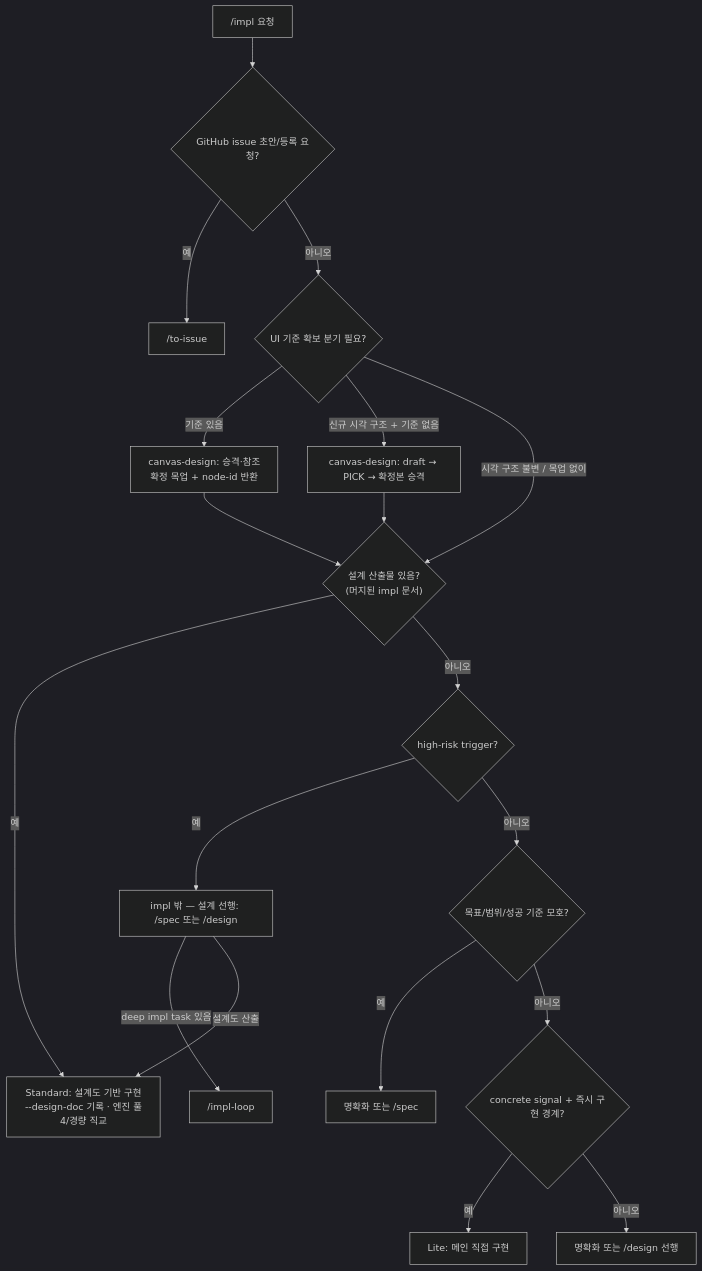
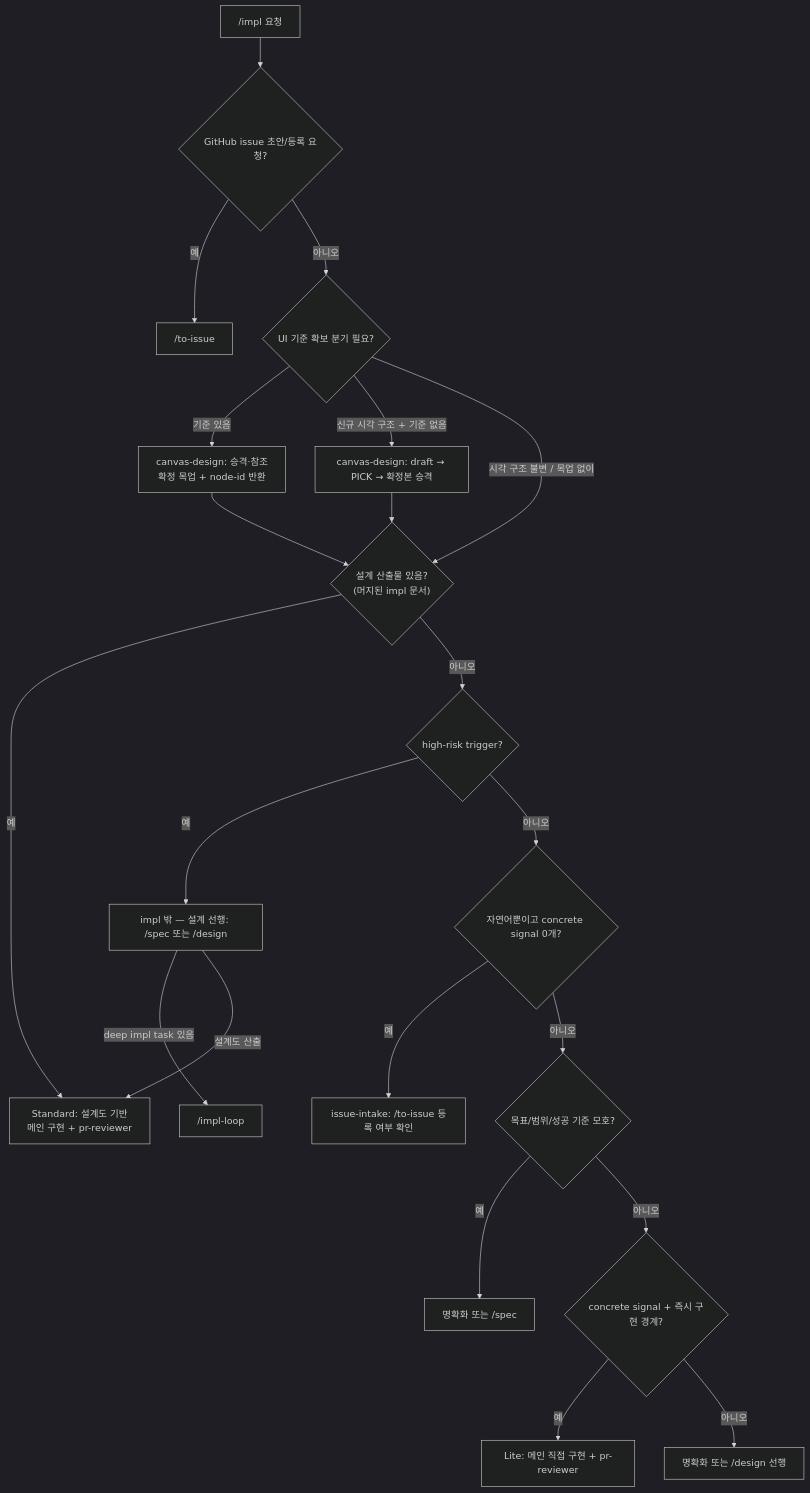
Before and after one commit to Daeguk-Sun/dcNess: the diagram in skills/impl/impl-routing.md, drawn with Mermaid (dark theme). The commit also changed other lines of this file and 10 other files, not shown here.

````diff
--- a/skills/impl/impl-routing.md
+++ b/skills/impl/impl-routing.md
@@ -12,21 +14,23 @@
 ```mermaid
 flowchart TB
   REQ["/impl 요청"] --> MAKE{"GitHub issue 초안/등록 요청?"}
   MAKE -->|예| TI["/to-issue"]
   MAKE -->|아니오| UI{"UI 기준 확보 분기 필요?"}
   UI -->|기준 있음| CDES1["canvas-design: 승격·참조<br/>확정 목업 + node-id 반환"]
   UI -->|신규 시각 구조 + 기준 없음| CDES2["canvas-design: draft → PICK → 확정본 승격"]
   UI -->|시각 구조 불변 / 목업 없이| DOC
   CDES1 --> DOC{"설계 산출물 있음?<br/>(머지된 impl 문서)"}
   CDES2 --> DOC
-  DOC -->|예| ST["Standard: 설계도 기반 구현<br/>--design-doc 기록 · 엔진 풀4/경량 직교"]
+  DOC -->|예| ST["Standard: 설계도 기반<br/>메인 구현 + pr-reviewer"]
   DOC -->|아니오| HR{"high-risk trigger?"}
   HR -->|예| OUT["impl 밖 — 설계 선행: /spec 또는 /design"]
-  HR -->|아니오| AM{"목표/범위/성공 기준 모호?"}
+  HR -->|아니오| NL{"자연어뿐이고 concrete signal 0개?"}
+  NL -->|예| II["issue-intake: /to-issue 등록 여부 확인"]
+  NL -->|아니오| AM{"목표/범위/성공 기준 모호?"}
   AM -->|예| CL["명확화 또는 /spec"]
   AM -->|아니오| CS{"concrete signal + 즉시 구현 경계?"}
-  CS -->|예| LT["Lite: 메인 직접 구현"]
+  CS -->|예| LT["Lite: 메인 직접 구현 + pr-reviewer"]
   CS -->|아니오| CL2["명확화 또는 /design 선행"]
   OUT -->|deep impl task 있음| IL["/impl-loop <task>"]
   OUT -->|설계도 산출| ST
 ```
````
